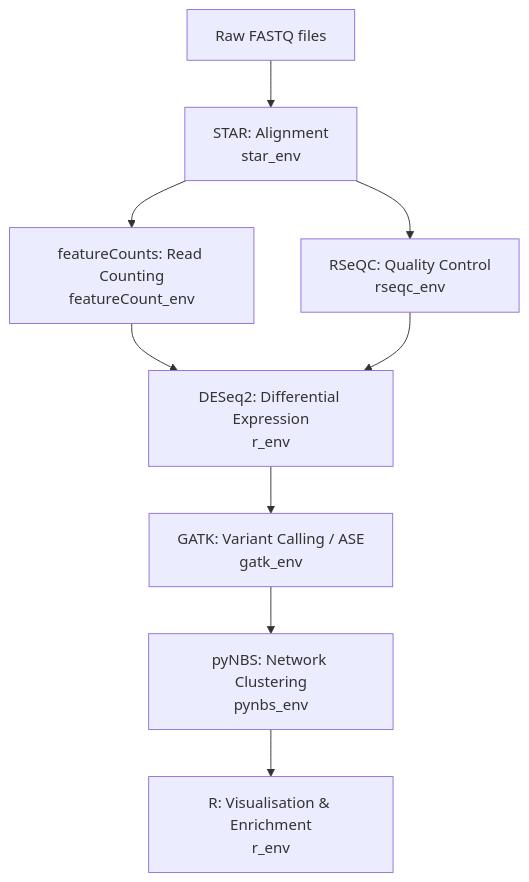
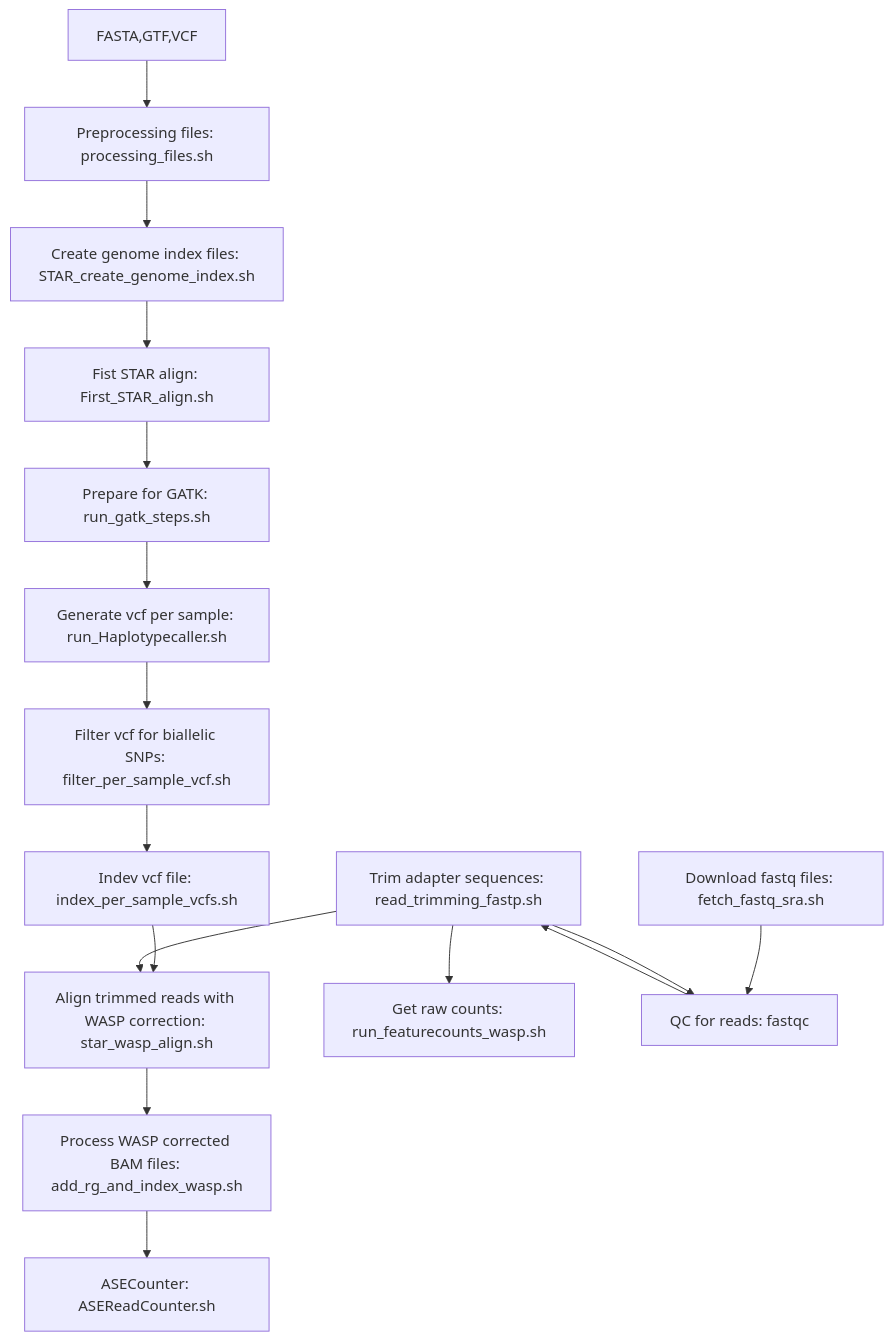
Before and after one commit to macsbio/HD-ASE-NBS: the diagram in README.md, drawn with Mermaid.

Commit message:
Revise pipeline flowchart in README
Updated the flowchart to include preprocessing and alignment steps.

````diff
--- a/README.md
+++ b/README.md
@@ -16,11 +16,18 @@
 ```mermaid
 flowchart TD
-    A[Raw FASTQ files] --> B[STAR: Alignment\nstar_env]
-    B --> C[featureCounts: Read Counting\nfeatureCount_env]
-    B --> D[RSeQC: Quality Control\nrseqc_env]
-    C --> E[DESeq2: Differential Expression\nr_env]
-    D --> E
-    E --> F[GATK: Variant Calling / ASE\ngatk_env]
-    F --> G[pyNBS: Network Clustering\npynbs_env]
-    G --> H[R: Visualisation & Enrichment\nr_env]
+    A[FASTA,GTF,VCF] --> B[Preprocessing files: processing_files.sh]
+    B --> C[Create genome index files: STAR_create_genome_index.sh]
+    C --> D[Fist STAR align: First_STAR_align.sh]
+    D --> E[Prepare for GATK: run_gatk_steps.sh]
+    E --> F[Generate vcf per sample: run_Haplotypecaller.sh]
+    F --> G[Filter vcf for biallelic SNPs: filter_per_sample_vcf.sh]
+    G --> H[Indev vcf file: index_per_sample_vcfs.sh]
+    H --> I[Align trimmed reads with WASP correction: star_wasp_align.sh]
+    I --> J[Process WASP corrected BAM files: add_rg_and_index_wasp.sh]
+    O --> K[Get raw counts: run_featurecounts_wasp.sh]
+    J --> L[ASECounter: ASEReadCounter.sh]
+    M[Download fastq files: fetch_fastq_sra.sh] --> N[QC for reads: fastqc]
+    N --> O[Trim adapter sequences: read_trimming_fastp.sh]
+    O --> N
+    O --> I[Align trimmed reads with WASP correction: star_wasp_align.sh]    
 ```
````
